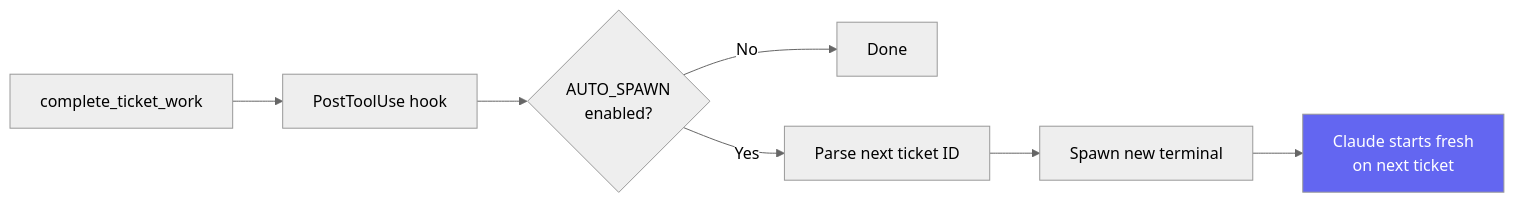
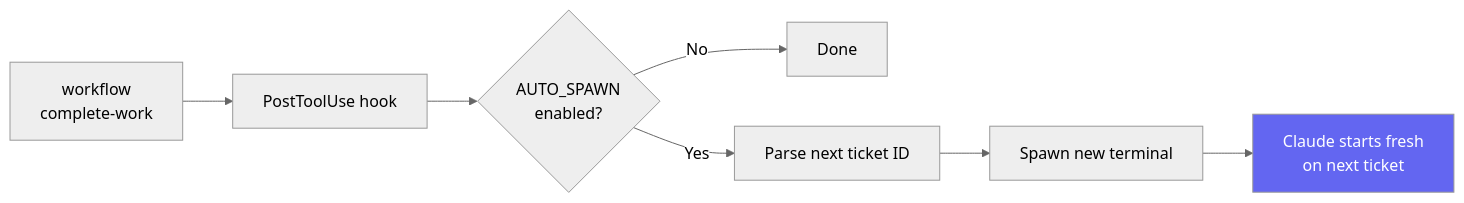
The ninth of 9 diagrams in docs/flows/ralph-workflow.md (salmanrrana/brain-dump), drawn with Mermaid (neutral theme) before and after one commit. The commit also changed other lines of this file and 203 other files, not shown here.

````diff
--- a/docs/flows/ralph-workflow.md
+++ b/docs/flows/ralph-workflow.md
@@ -499,11 +494,11 @@
 ```mermaid
 flowchart LR
-    A["complete_ticket_work"] --> B["PostToolUse hook"]
+    A["workflow<br/>complete-work"] --> B["PostToolUse hook"]
     B --> C{"AUTO_SPAWN<br/>enabled?"}
     C -->|No| D["Done"]
     C -->|Yes| E["Parse next ticket ID"]
     E --> F["Spawn new terminal"]
     F --> G["Claude starts fresh<br/>on next ticket"]
 
     style G fill:#6366f1,color:#fff
 ```
````
